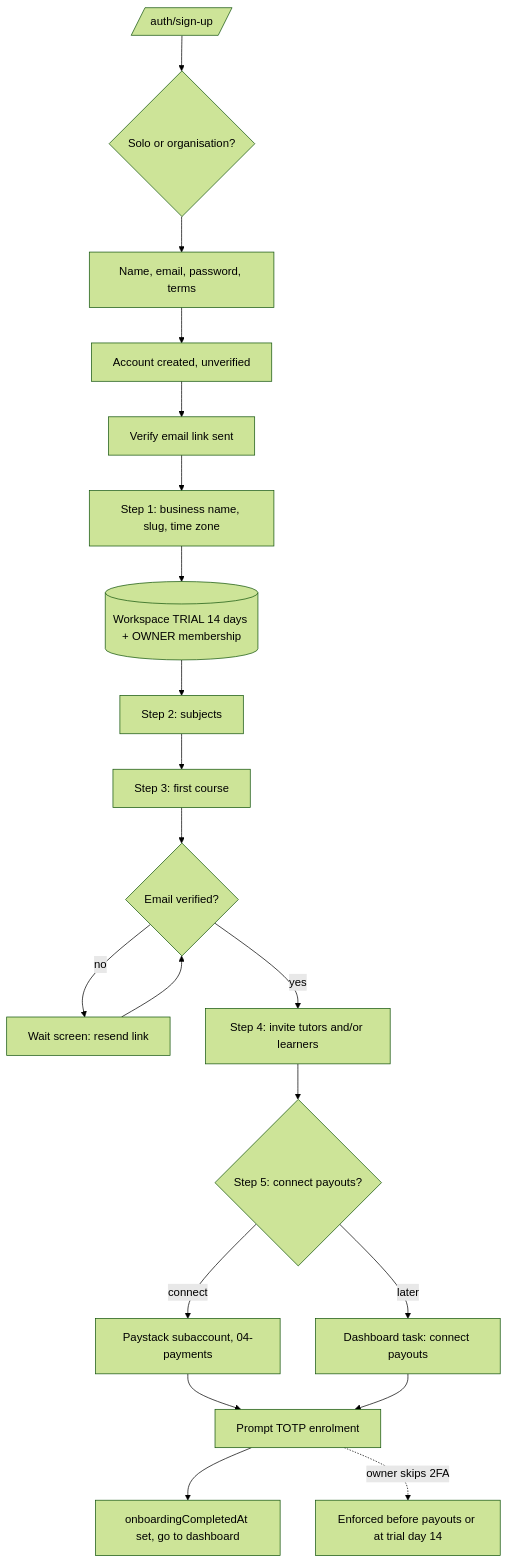
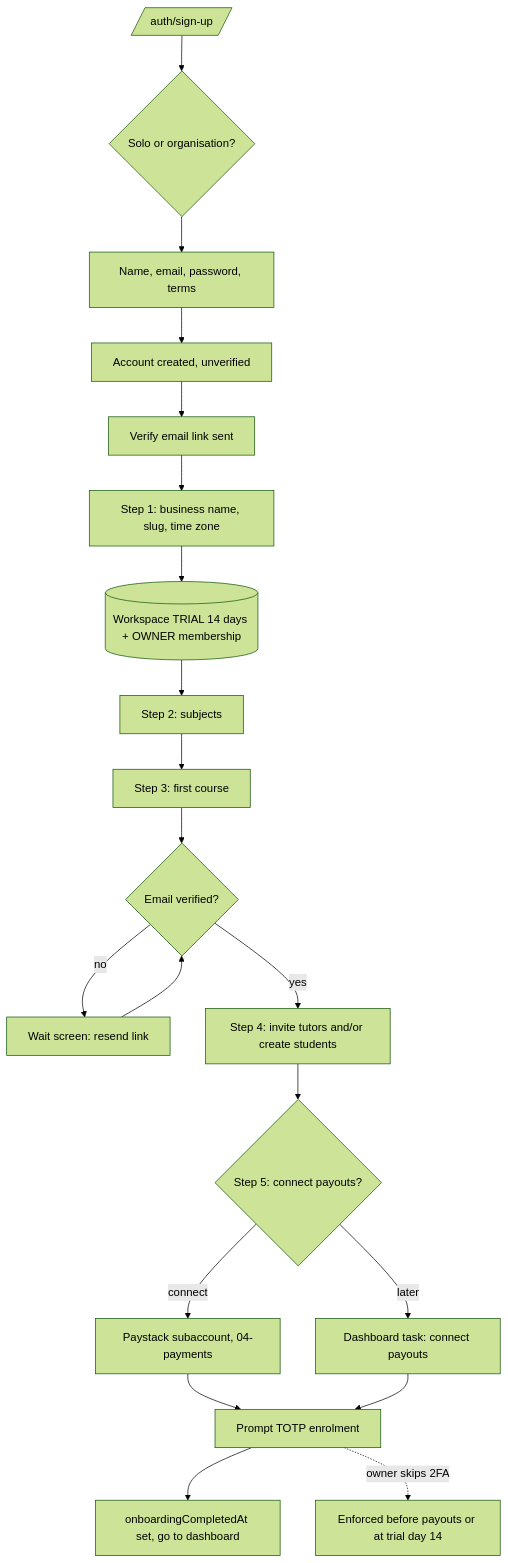
The first of 2 diagrams in docs/revamp/a/design/02-identity.md (jassiel-ndlovu/grit-lms), drawn with Mermaid (forest theme) before and after one commit. The commit also changed other lines of this file and 8 other files, not shown here.

````diff
--- a/docs/revamp/a/design/02-identity.md
+++ b/docs/revamp/a/design/02-identity.md
@@ -89,21 +92,21 @@
 ```mermaid
 flowchart TD
   A[/auth/sign-up/] --> B{Solo or organisation?}
   B --> C[Name, email, password, terms]
   C --> D[Account created, unverified]
   D --> E[Verify email link sent]
   E --> F1[Step 1: business name, slug, time zone]
   F1 --> W[(Workspace TRIAL 14 days + OWNER membership)]
   W --> F2[Step 2: subjects]
   F2 --> F3[Step 3: first course]
   F3 --> V{Email verified?}
   V -- no --> E2[Wait screen: resend link] --> V
-  V -- yes --> F4[Step 4: invite tutors and/or learners]
+  V -- yes --> F4[Step 4: invite tutors and/or create students]
   F4 --> F5{Step 5: connect payouts?}
   F5 -- connect --> P[Paystack subaccount, 04-payments]
   F5 -- later --> T[Dashboard task: connect payouts]
   P --> Z[Prompt TOTP enrolment]
   T --> Z
   Z --> DONE[onboardingCompletedAt set, go to dashboard]
   Z -. owner skips 2FA .-> G[Enforced before payouts or at trial day 14]
 ```
````
